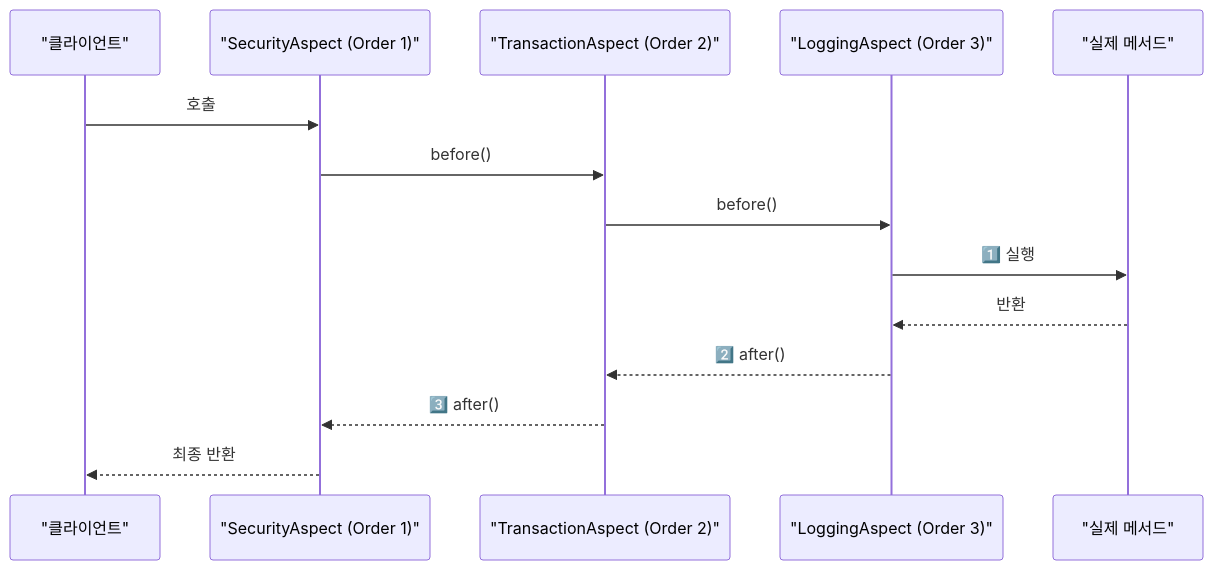
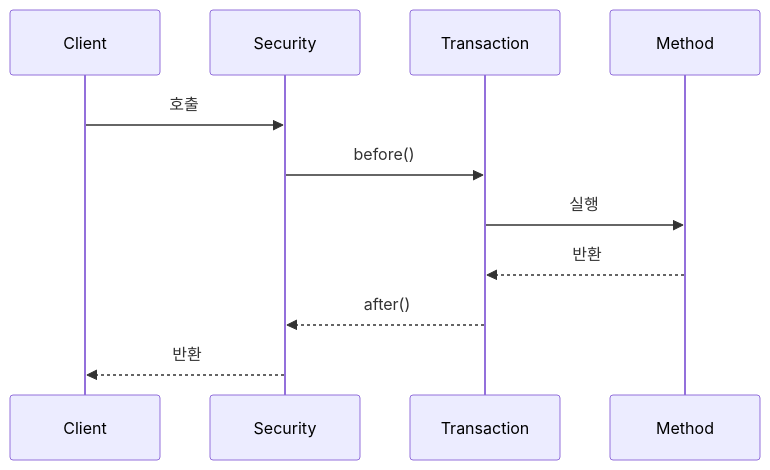
The fifth of 5 diagrams in _posts/spring/2026-05-01-spring-aop.md (yjkim2015/yjkim2015.github.io), drawn with Mermaid before and after one commit. The commit also changed other lines of this file and 215 other files, not shown here.

First line of the commit message:
신규 포스트 10개 추가 + Mermaid 전면 축소 + SystemDesign 시리즈 보강

````diff
--- a/_posts/spring/2026-05-01-spring-aop.md
+++ b/_posts/spring/2026-05-01-spring-aop.md
@@ -509,17 +505,13 @@
 ```mermaid
 sequenceDiagram
-    participant C as "클라이언트"
-    participant SA as "SecurityAspect (Order 1)"
-    participant TA as "TransactionAspect (Order 2)"
-    participant LA as "LoggingAspect (Order 3)"
-    participant M as "실제 메서드"
-
+    participant C as Client
+    participant SA as Security
+    participant TA as Transaction
+    participant M as Method
     C->>SA: 호출
     SA->>TA: before()
-    TA->>LA: before()
-    LA->>M: 1️⃣ 실행
-    M-->>LA: 반환
-    LA-->>TA: 2️⃣ after()
-    TA-->>SA: 3️⃣ after()
-    SA-->>C: 최종 반환
+    TA->>M: 실행
+    M-->>TA: 반환
+    TA-->>SA: after()
+    SA-->>C: 반환
 ```
````
